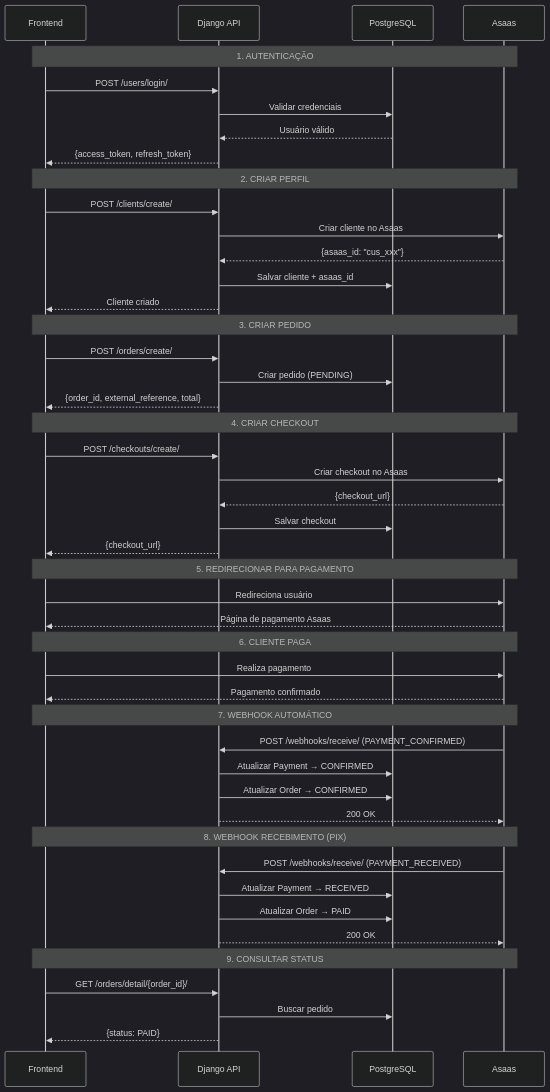
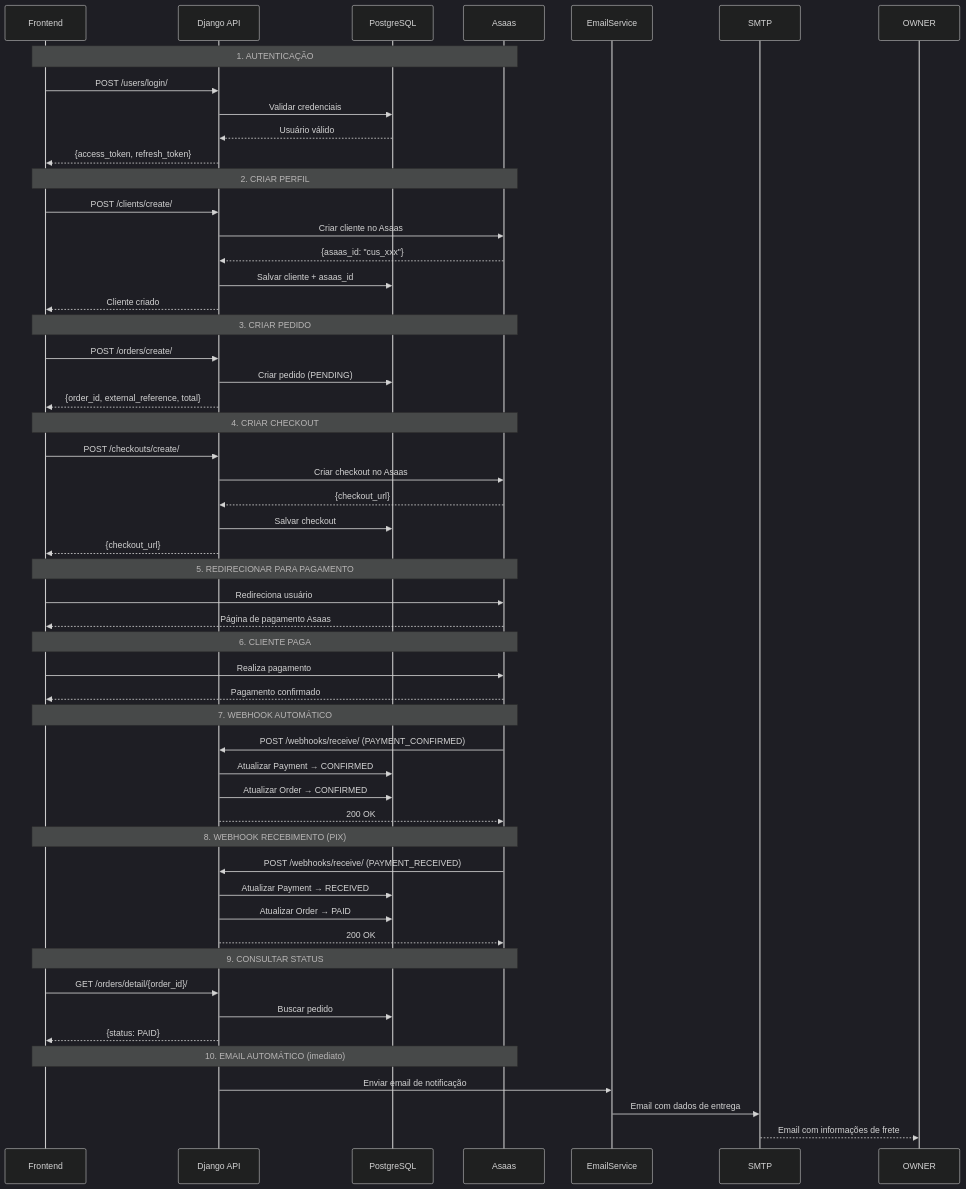
One commit to Olival42/Backend-Logani changed the eighth of 8 diagrams in FLUXO_API_COMPLETO.md. Above: the diagram before and after it, drawn with Mermaid (dark theme). The commit also changed other lines of this file and 2 other files, not shown here.

First line of the commit message:
feat: enhance email notification system for order confirmations

````diff
--- a/FLUXO_API_COMPLETO.md
+++ b/FLUXO_API_COMPLETO.md
@@ -423,57 +466,62 @@
 ```mermaid
 sequenceDiagram
     participant F as Frontend
     participant API as Django API
     participant DB as PostgreSQL
     participant A as Asaas
 
     Note over F,A: 1. AUTENTICAÇÃO
     F->>API: POST /users/login/
     API->>DB: Validar credenciais
     DB-->>API: Usuário válido
     API-->>F: {access_token, refresh_token}
     
     Note over F,A: 2. CRIAR PERFIL
     F->>API: POST /clients/create/
     API->>A: Criar cliente no Asaas
     A-->>API: {asaas_id: "cus_xxx"}
     API->>DB: Salvar cliente + asaas_id
     API-->>F: Cliente criado
     
     Note over F,A: 3. CRIAR PEDIDO
     F->>API: POST /orders/create/
     API->>DB: Criar pedido (PENDING)
     API-->>F: {order_id, external_reference, total}
     
     Note over F,A: 4. CRIAR CHECKOUT
     F->>API: POST /checkouts/create/
     API->>A: Criar checkout no Asaas
     A-->>API: {checkout_url}
     API->>DB: Salvar checkout
     API-->>F: {checkout_url}
     
     Note over F,A: 5. REDIRECIONAR PARA PAGAMENTO
     F->>A: Redireciona usuário
     A-->>F: Página de pagamento Asaas
     
     Note over F,A: 6. CLIENTE PAGA
     F->>A: Realiza pagamento
     A-->>F: Pagamento confirmado
     
     Note over F,A: 7. WEBHOOK AUTOMÁTICO
     A->>API: POST /webhooks/receive/ (PAYMENT_CONFIRMED)
     API->>DB: Atualizar Payment → CONFIRMED
     API->>DB: Atualizar Order → CONFIRMED
     API-->>A: 200 OK
     
     Note over F,A: 8. WEBHOOK RECEBIMENTO (PIX)
     A->>API: POST /webhooks/receive/ (PAYMENT_RECEIVED)
     API->>DB: Atualizar Payment → RECEIVED
     API->>DB: Atualizar Order → PAID
     API-->>A: 200 OK
     
     Note over F,A: 9. CONSULTAR STATUS
     F->>API: GET /orders/detail/{order_id}/
     API->>DB: Buscar pedido
     API-->>F: {status: PAID}
+    
+    Note over F,A: 10. EMAIL AUTOMÁTICO (imediato)
+    API->>EmailService: Enviar email de notificação
+    EmailService->>SMTP: Email com dados de entrega
+    SMTP-->>OWNER: Email com informações de frete
 ```
````
